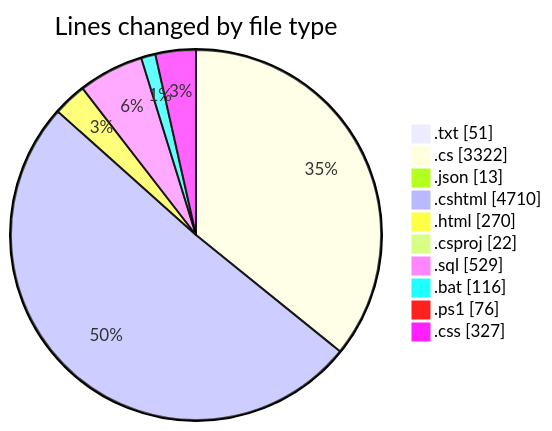
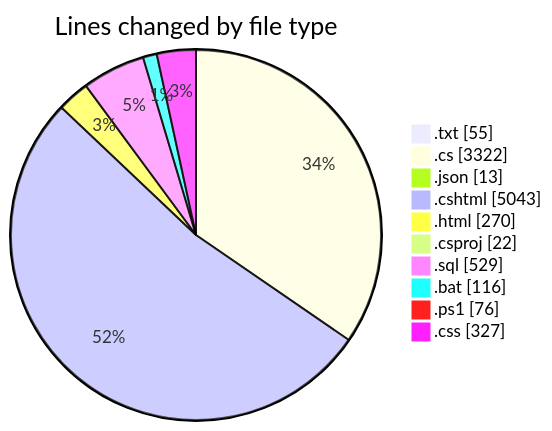
One commit to lephambinh05/code-tracking changed the first of 2 diagrams in 2025-07-27/quanlyrapchieuphim-1/README.md. Above: the diagram before and after it, drawn with Mermaid. The commit also changed other lines of this file and 1 other file, not shown here.

````diff
--- a/2025-07-27/quanlyrapchieuphim-1/README.md
+++ b/2025-07-27/quanlyrapchieuphim-1/README.md
@@ -51,14 +51,14 @@
 ```mermaid
 pie showData
 title Lines changed by file type
-".txt" : 51
+".txt" : 55
 ".cs" : 3322
 ".json" : 13
-".cshtml" : 4710
+".cshtml" : 5043
 ".html" : 270
 ".csproj" : 22
 ".sql" : 529
 ".bat" : 116
 ".ps1" : 76
 ".css" : 327
 ```
````
